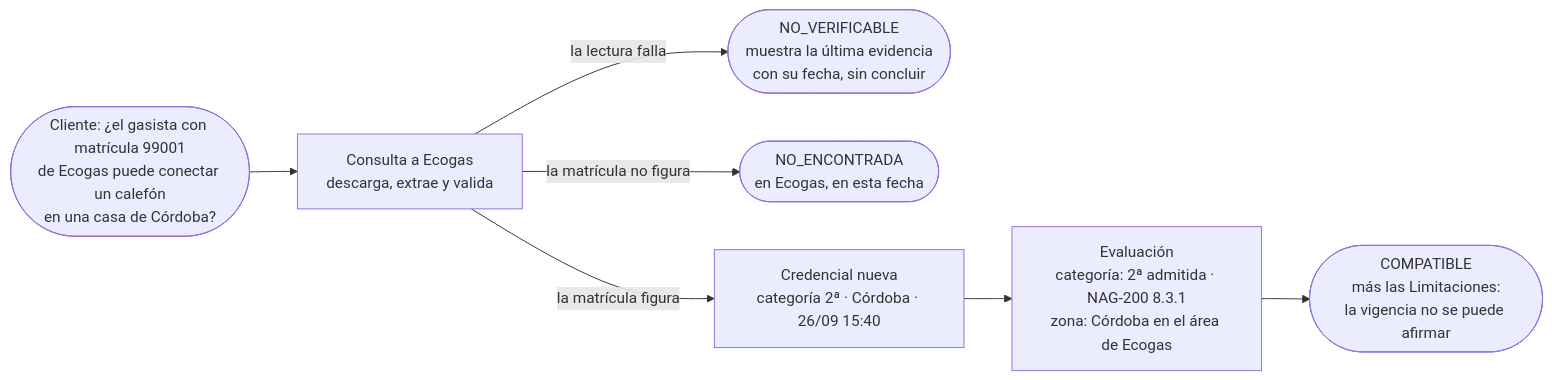
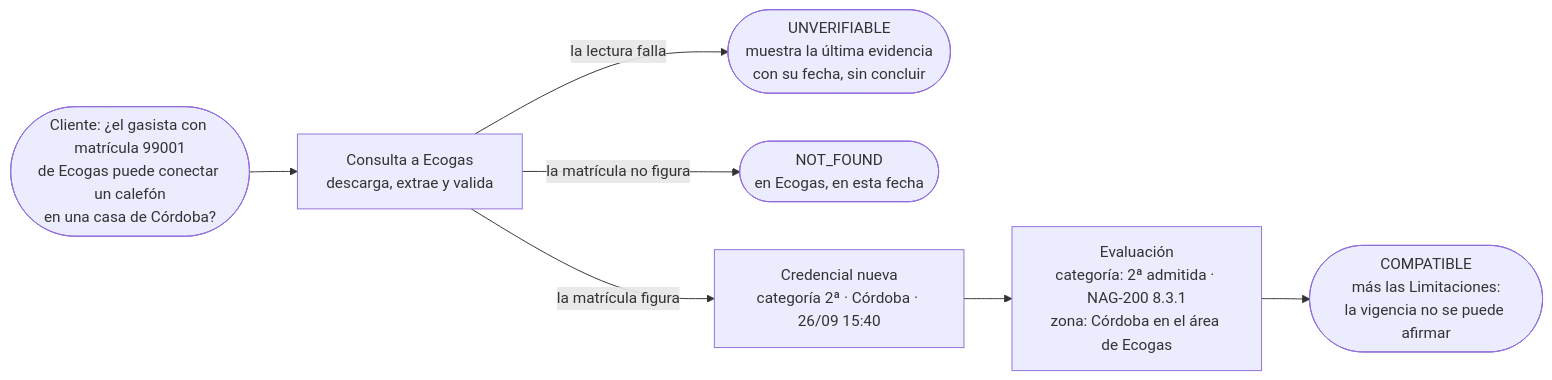
Before and after one commit to IvanDaniliuk01/MatriculAR: the diagram in README.md, drawn with Mermaid. The commit also changed other lines of this file and 23 other files, not shown here.

````diff
--- a/README.md
+++ b/README.md
@@ -95,9 +95,9 @@
 ```mermaid
 flowchart LR
     P([Cliente: ¿el gasista con matrícula 99001<br/>de Ecogas puede conectar un calefón<br/>en una casa de Córdoba?]) --> C[Consulta a Ecogas<br/>descarga, extrae y valida]
-    C -->|la lectura falla| NV([NO_VERIFICABLE<br/>muestra la última evidencia<br/>con su fecha, sin concluir])
-    C -->|la matrícula no figura| NE([NO_ENCONTRADA<br/>en Ecogas, en esta fecha])
+    C -->|la lectura falla| NV([UNVERIFIABLE<br/>muestra la última evidencia<br/>con su fecha, sin concluir])
+    C -->|la matrícula no figura| NE([NOT_FOUND<br/>en Ecogas, en esta fecha])
     C -->|la matrícula figura| CR[Credencial nueva<br/>categoría 2ª · Córdoba · 26/09 15:40]
     CR --> EV[Evaluación<br/>categoría: 2ª admitida · NAG-200 8.3.1<br/>zona: Córdoba en el área de Ecogas]
     EV --> R([COMPATIBLE<br/>más las Limitaciones:<br/>la vigencia no se puede afirmar])
 ```
````
